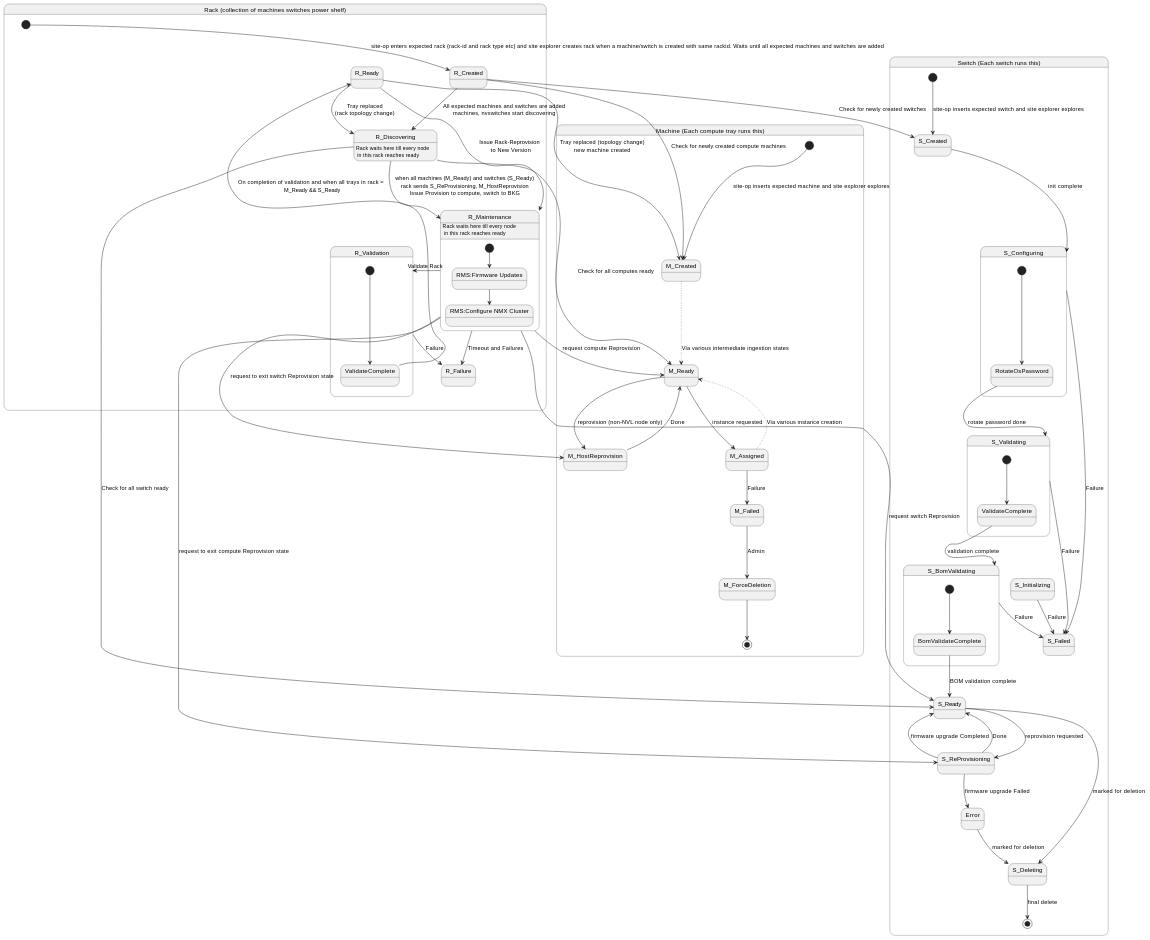
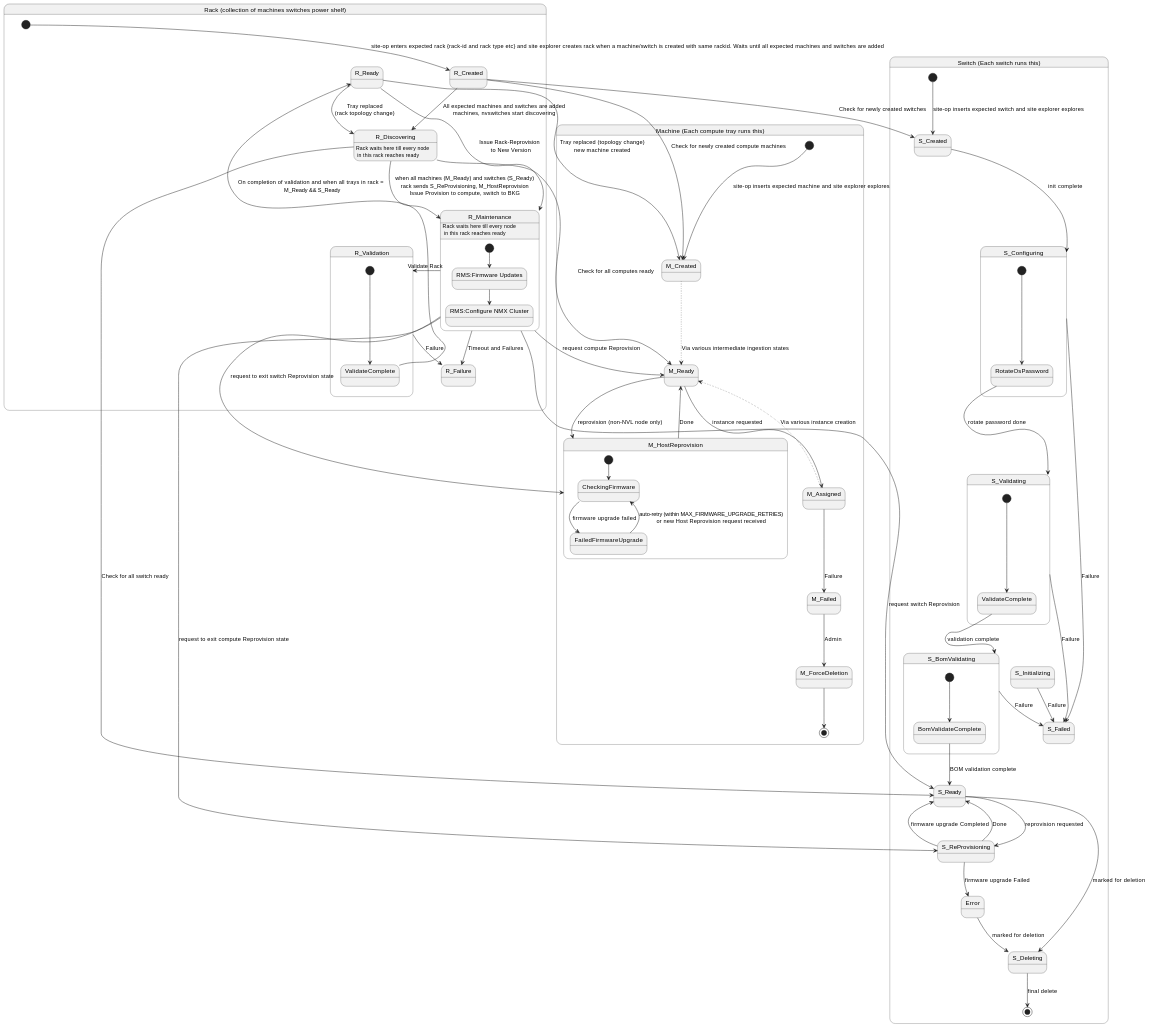
The diagram in book/src/architecture/state_machines/rackstatemachine.md (NVIDIA/bare-metal-manager-core), drawn with PlantUML before and after one commit. The commit also changed other lines of this file and 21 other files, not shown here.

```diff
--- a/book/src/architecture/state_machines/rackstatemachine.md
+++ b/book/src/architecture/state_machines/rackstatemachine.md
@@ -12,6 +12,13 @@
     M_Ready --> M_Assigned : instance requested
     M_Assigned -[dotted]-> M_Ready :  Via various instance creation
     M_Ready --> M_HostReprovision : reprovision (non-NVL node only)
+    state M_HostReprovision {
+        [*] --> M_HostReprovision_CheckingFirmware
+        state "CheckingFirmware" as M_HostReprovision_CheckingFirmware
+        state "FailedFirmwareUpgrade" as M_HostReprovision_FailedFirmwareUpgrade
+        M_HostReprovision_CheckingFirmware --> M_HostReprovision_FailedFirmwareUpgrade : firmware upgrade failed
+        M_HostReprovision_FailedFirmwareUpgrade --> M_HostReprovision_CheckingFirmware : auto-retry (within MAX_FIRMWARE_UPGRADE_RETRIES)\nor new Host Reprovision request received
+    }
     M_HostReprovision --> M_Ready : Done
     M_Assigned --> M_Failed : Failure
     M_Failed --> M_ForceDeletion : Admin
```
